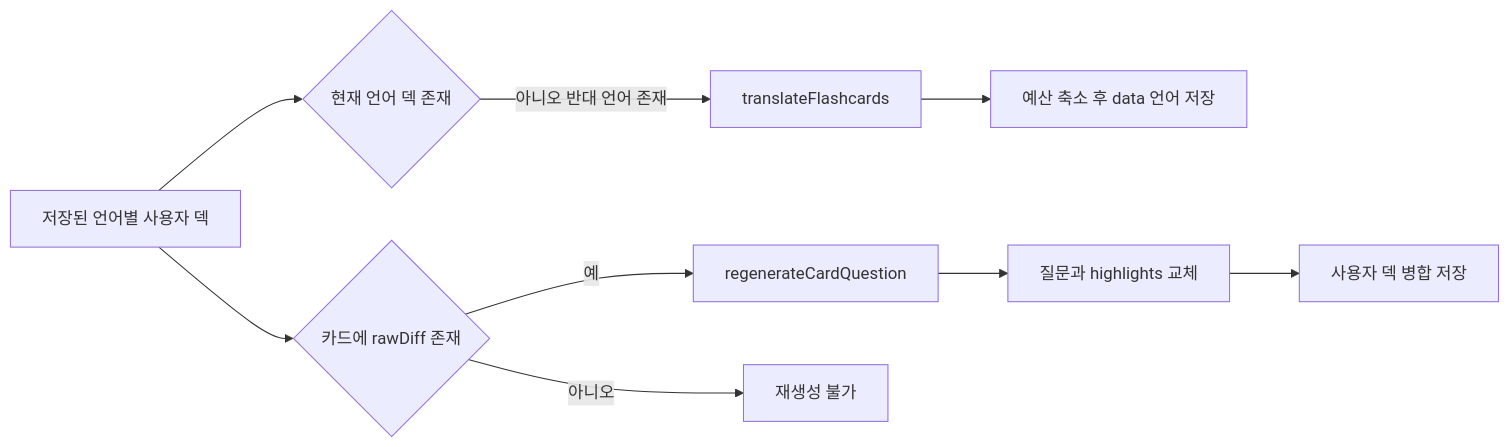
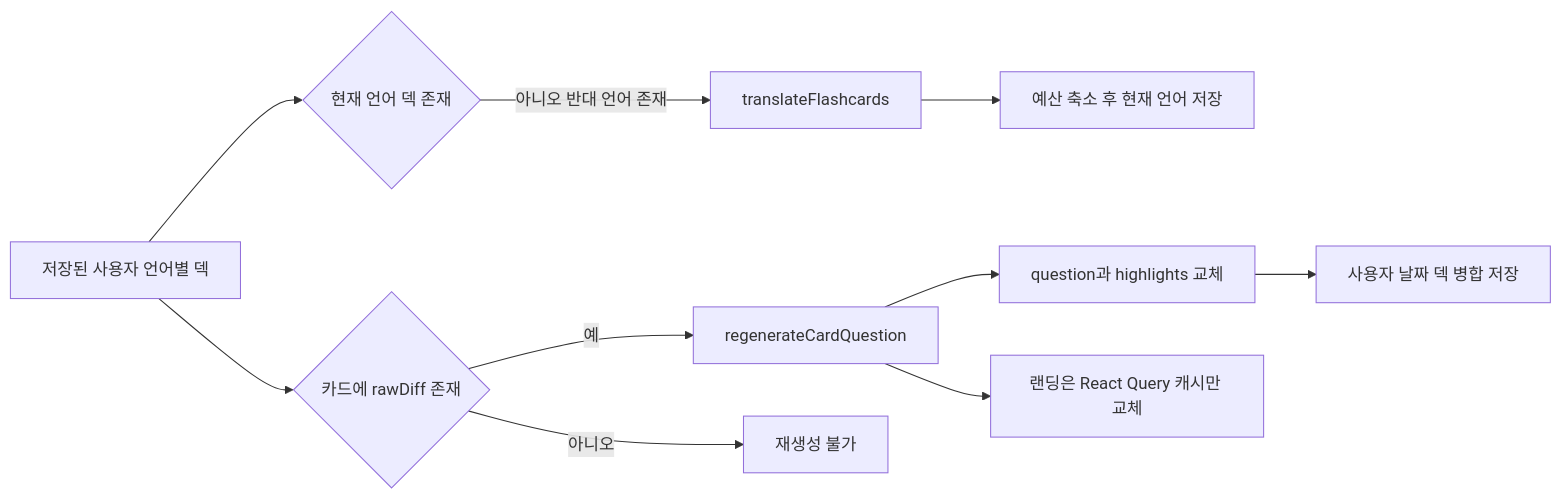
The second of 2 diagrams in openwiki/flashcard/generation-paths.md (chucoding/code-recall), drawn with Mermaid before and after one commit. The commit also changed other lines of this file and 25 other files, not shown here.

````diff
--- a/openwiki/flashcard/generation-paths.md
+++ b/openwiki/flashcard/generation-paths.md
@@ -128,11 +133,12 @@
 ```mermaid
 flowchart LR
-  Stored["저장된 언어별 사용자 덱"] --> Switch{"현재 언어 덱 존재"}
-  Switch -->|"아니오 반대 언어 존재"| Translation["translateFlashcards"]
-  Translation --> Merge["예산 축소 후 data 언어 저장"]
-  Stored --> RawDiff{"카드에 rawDiff 존재"}
-  RawDiff -->|"예"| Regen["regenerateCardQuestion"]
-  Regen --> Updated["질문과 highlights 교체"]
-  Updated --> UserMerge["사용자 덱 병합 저장"]
-  RawDiff -->|"아니오"| NoRegen["재생성 불가"]
+  Stored["저장된 사용자 언어별 덱"] --> Lang{"현재 언어 덱 존재"}
+  Lang -->|"아니오 반대 언어 존재"| Translation["translateFlashcards"]
+  Translation --> Merge["예산 축소 후 현재 언어 저장"]
+  Stored --> Diff{"카드에 rawDiff 존재"}
+  Diff -->|"예"| Regen["regenerateCardQuestion"]
+  Regen --> Changed["question과 highlights 교체"]
+  Changed --> Persist["사용자 날짜 덱 병합 저장"]
+  Diff -->|"아니오"| Disabled["재생성 불가"]
+  Regen --> DemoCache["랜딩은 React Query 캐시만 교체"]
 ```
````
